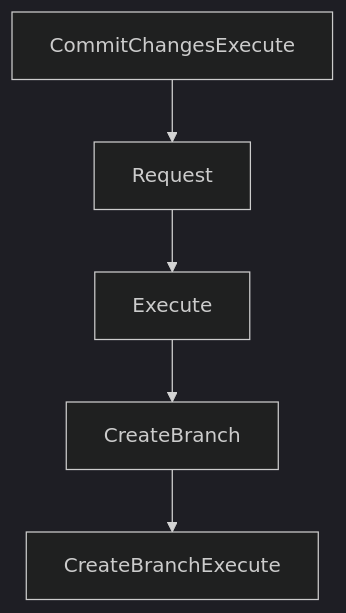
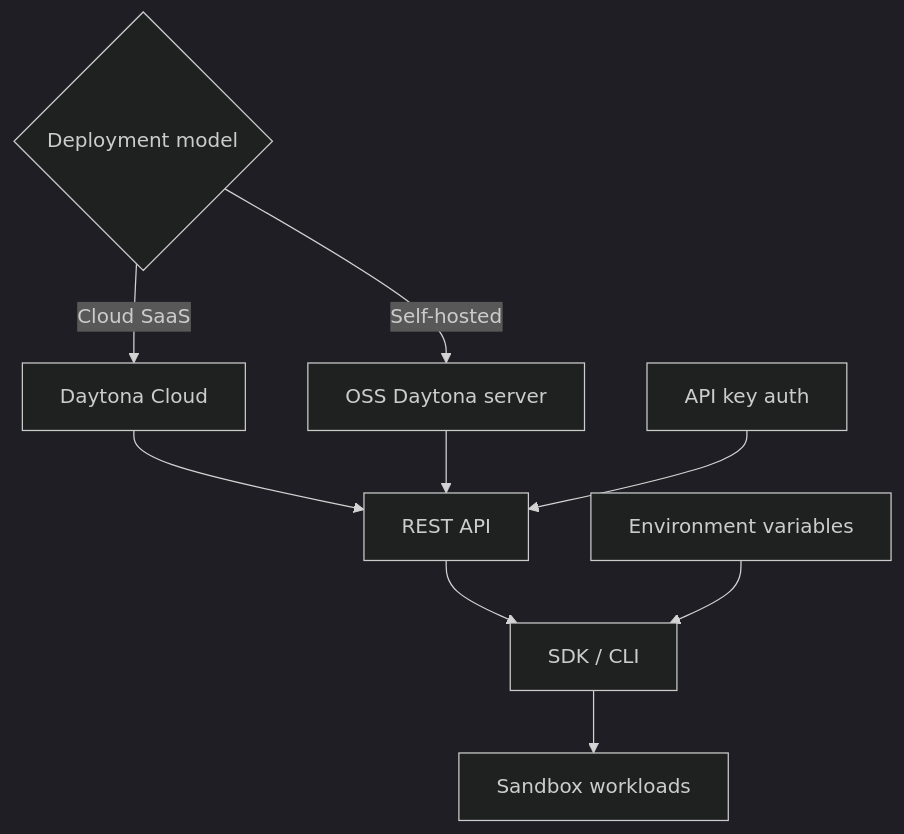
Before and after one commit to johnxie/awesome-code-docs: the diagram in tutorials/daytona-tutorial/06-configuration-api-and-deployment-models.md, drawn with Mermaid (dark theme). The commit also changed other lines of this file and 1232 other files, not shown here.

````diff
--- a/tutorials/daytona-tutorial/06-configuration-api-and-deployment-models.md
+++ b/tutorials/daytona-tutorial/06-configuration-api-and-deployment-models.md
@@ -210,12 +41,11 @@
 ```mermaid
 flowchart TD
-    A[CommitChangesExecute]
-    B[Request]
-    C[Execute]
-    D[CreateBranch]
-    E[CreateBranchExecute]
-    A --> B
-    B --> C
+    A{Deployment model} -->|Cloud SaaS| B[Daytona Cloud]
+    A -->|Self-hosted| C[OSS Daytona server]
+    B --> D[REST API]
     C --> D
-    D --> E
+    D --> E[SDK / CLI]
+    E --> F[Sandbox workloads]
+    G[Environment variables] --> E
+    H[API key auth] --> D
 ```
````
